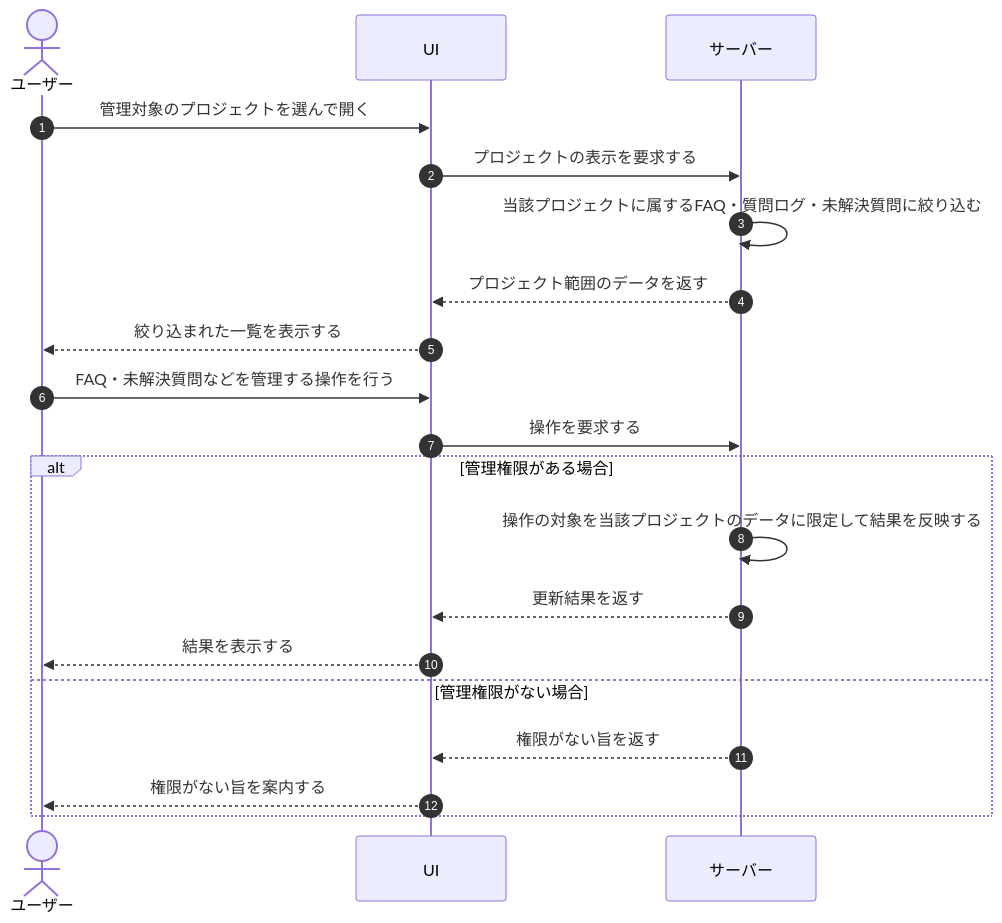
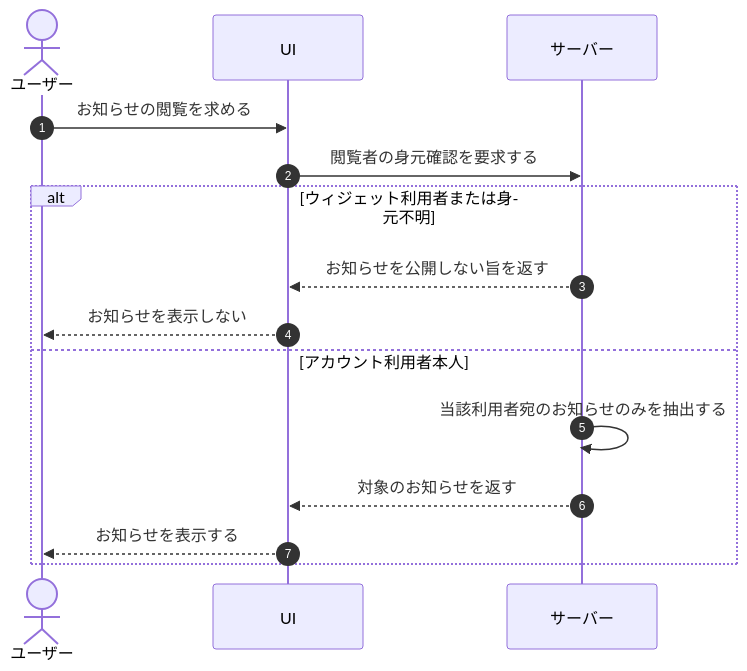
One commit to sikakou54/open-faq changed the diagram in 01_requirements/04_business_usecases/UC-078.md. Above: the diagram before and after it, drawn with Mermaid. The commit also changed other lines of this file and 395 other files, not shown here.

````diff
--- a/01_requirements/04_business_usecases/UC-078.md
+++ b/01_requirements/04_business_usecases/UC-078.md
@@ -27,22 +26,17 @@
 ```mermaid
 sequenceDiagram
   autonumber
   actor U as ユーザー
   participant UI as UI
   participant S as サーバー
-  U->>UI: 管理対象のプロジェクトを選んで開く
-  UI->>S: プロジェクトの表示を要求する
-  S->>S: 当該プロジェクトに属するFAQ・質問ログ・未解決質問に絞り込む
-  S-->>UI: プロジェクト範囲のデータを返す
-  UI-->>U: 絞り込まれた一覧を表示する
-  U->>UI: FAQ・未解決質問などを管理する操作を行う
-  UI->>S: 操作を要求する
-  alt 管理権限がある場合
-    S->>S: 操作の対象を当該プロジェクトのデータに限定して結果を反映する
-    S-->>UI: 更新結果を返す
-    UI-->>U: 結果を表示する
-  else 管理権限がない場合
-    S-->>UI: 権限がない旨を返す
-    UI-->>U: 権限がない旨を案内する
+  U->>UI: お知らせの閲覧を求める
+  UI->>S: 閲覧者の身元確認を要求する
+  alt ウィジェット利用者または身元不明
+    S-->>UI: お知らせを公開しない旨を返す
+    UI-->>U: お知らせを表示しない
+  else アカウント利用者本人
+    S->>S: 当該利用者宛のお知らせのみを抽出する
+    S-->>UI: 対象のお知らせを返す
+    UI-->>U: お知らせを表示する
   end
 ```
````
